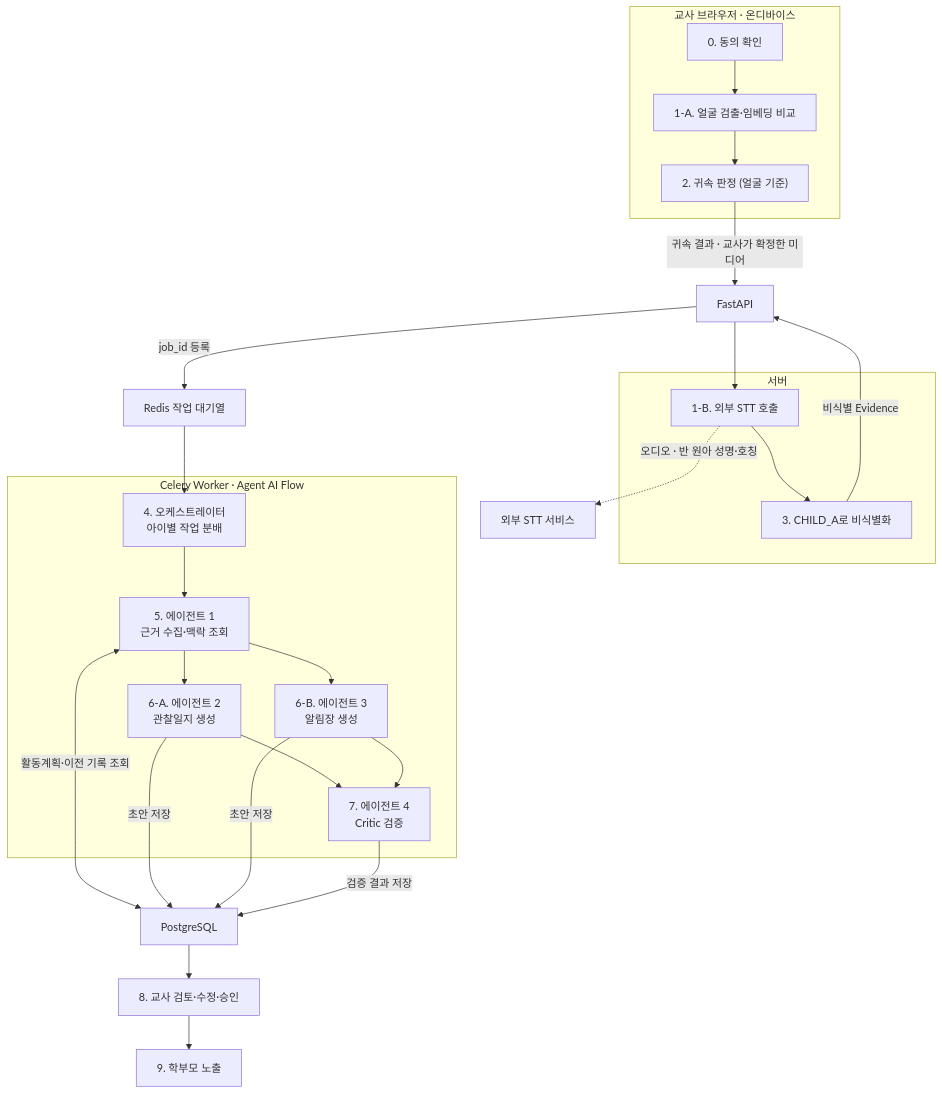
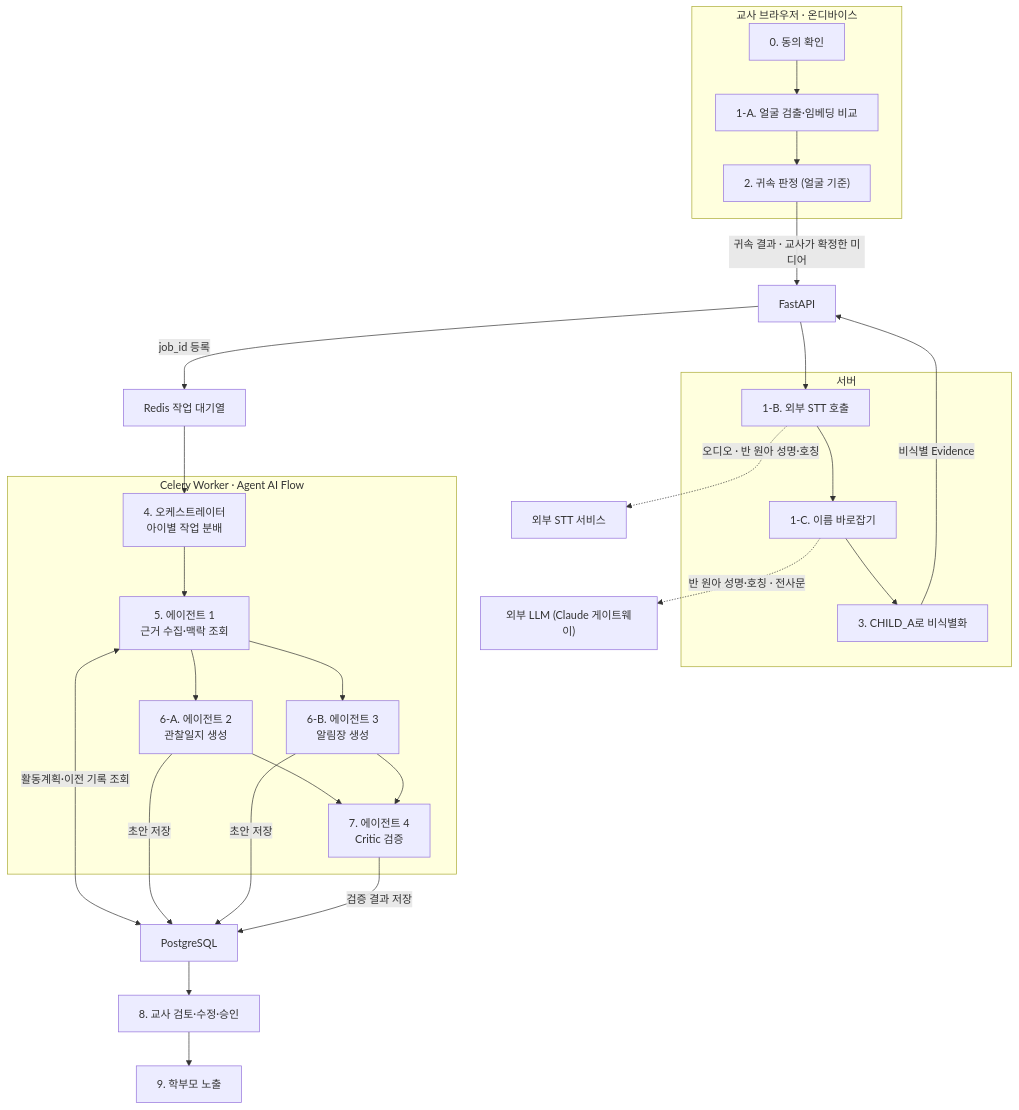
The eighth of 9 diagrams in docs/테크스펙.md (kakaotechcampus-4/ktc4-chungnam-4), drawn with Mermaid before and after one commit. The commit also changed other lines of this file and 6 other files, not shown here.

````diff
--- a/docs/테크스펙.md
+++ b/docs/테크스펙.md
@@ -1339,51 +1341,54 @@
 ```mermaid
 flowchart TB
     subgraph DEVICE["교사 브라우저 · 온디바이스"]
         CONSENT["0. 동의 확인"]
         FACE["1-A. 얼굴 검출·임베딩 비교"]
         MATCH["2. 귀속 판정 (얼굴 기준)"]
 
         CONSENT --> FACE
         FACE --> MATCH
     end
 
     MATCH -->|"귀속 결과 · 교사가 확정한 미디어"| API["FastAPI"]
 
     subgraph SERVER["서버"]
         STT["1-B. 외부 STT 호출"]
+        NAMEFIX["1-C. 이름 바로잡기"]
         ANON["3. CHILD_A로 비식별화"]
 
-        STT --> ANON
+        STT --> NAMEFIX
+        NAMEFIX --> ANON
     end
 
     API --> STT
     STT -.->|"오디오 · 반 원아 성명·호칭"| EXTSTT["외부 STT 서비스"]
+    NAMEFIX -.->|"반 원아 성명·호칭 · 전사문"| EXTLLM["외부 LLM (Claude 게이트웨이)"]
     ANON -->|"비식별 Evidence"| API
 
     API -->|"job_id 등록"| REDIS["Redis 작업 대기열"]
 
     subgraph WORKER["Celery Worker · Agent AI Flow"]
         ORCH["4. 오케스트레이터<br/>아이별 작업 분배"]
         AGENT1["5. 에이전트 1<br/>근거 수집·맥락 조회"]
         AGENT2["6-A. 에이전트 2<br/>관찰일지 생성"]
         AGENT3["6-B. 에이전트 3<br/>알림장 생성"]
         CRITIC["7. 에이전트 4<br/>Critic 검증"]
 
         ORCH --> AGENT1
         AGENT1 --> AGENT2
         AGENT1 --> AGENT3
         AGENT2 --> CRITIC
         AGENT3 --> CRITIC
     end
 
     REDIS --> ORCH
 
     AGENT1 <-->|"활동계획·이전 기록 조회"| DB["PostgreSQL"]
     AGENT2 -->|"초안 저장"| DB
     AGENT3 -->|"초안 저장"| DB
     CRITIC -->|"검증 결과 저장"| DB
 
     DB --> REVIEW["8. 교사 검토·수정·승인"]
     REVIEW --> PUBLISH["9. 학부모 노출"]
     
 ```
````
